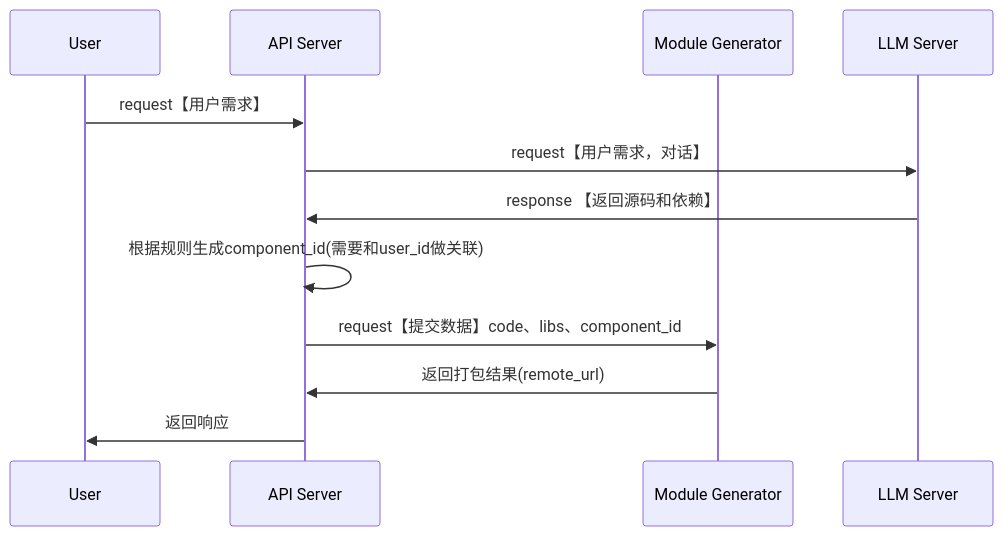
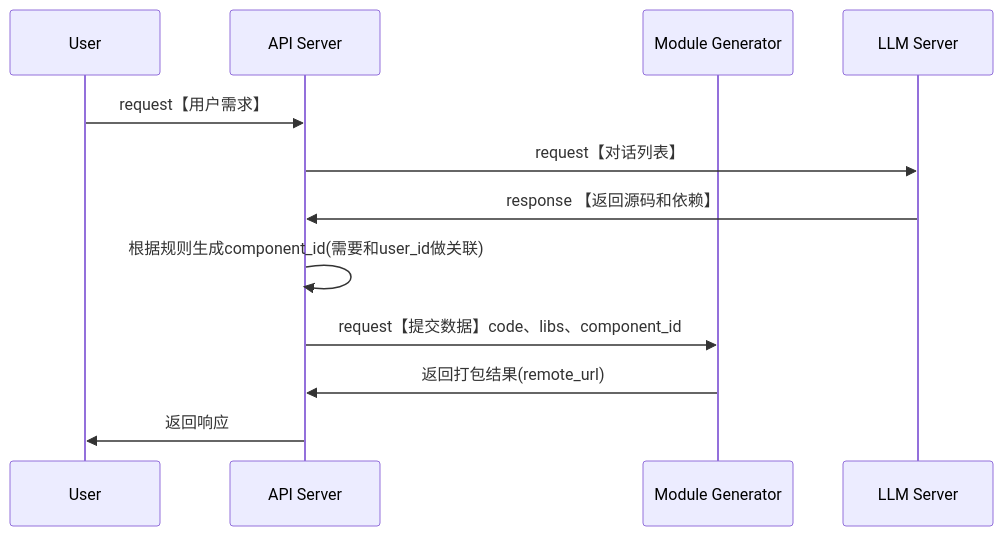
One commit to yingjianzh/iodraw-files changed the diagram in all/w3-基础流程.md. Above: the diagram before and after it, drawn with Mermaid.

Commit message:
2024-10-09 16:26:34 update

````diff
--- a/all/w3-基础流程.md
+++ b/all/w3-基础流程.md
@@ -1,16 +1,16 @@
 ```mermaid
 sequenceDiagram
     participant User
     participant API Server
     participant Module Generator
     participant LLM Server
 
     User->>API Server: request【用户需求】
-    API Server->>LLM Server: request【用户需求，对话】
+    API Server->>LLM Server: request【对话列表】
     LLM Server->>API Server: response 【返回源码和依赖】
     API Server->>API Server: 根据规则生成component_id(需要和user_id做关联)
     API Server->>Module Generator: request【提交数据】code、libs、component_id
     Module Generator->>API Server: 返回打包结果(remote_url)
     
     API Server->>User: 返回响应
 ```
````
